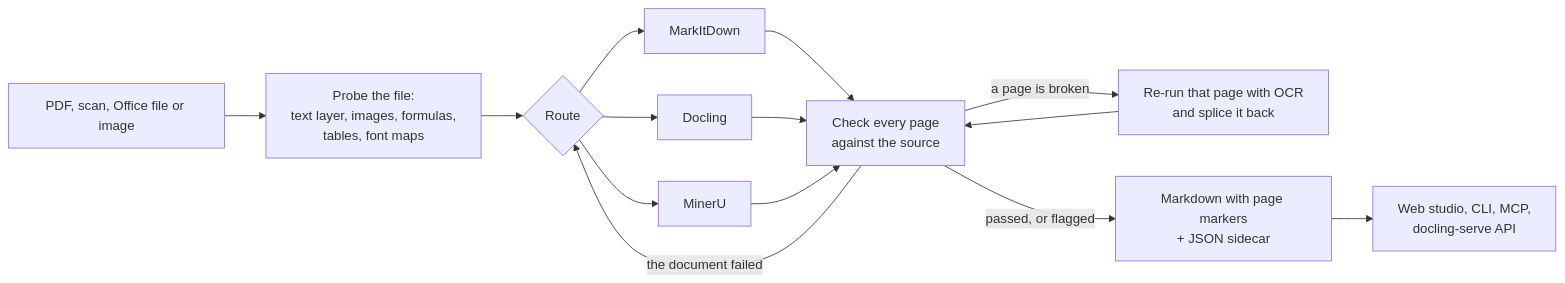
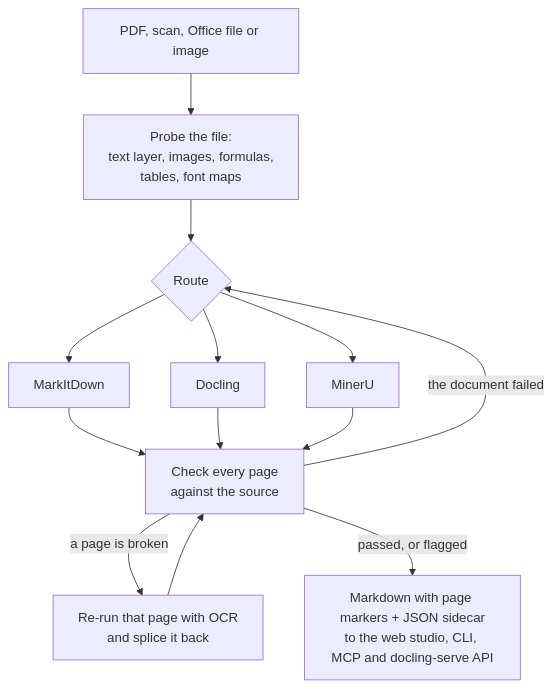
One commit to romanticamaj/doc4ai-studio changed the diagram in README.md. Above: the diagram before and after it, drawn with Mermaid. The commit also changed 1 other file, not shown here.

Commit message:
docs(readme): draw the flow top-down so GitHub renders it at a readable size
Claude-Session: https://claude.ai/code/session_0175gLq9uam6M5Z9yNNxM4Ba

````diff
--- a/README.md
+++ b/README.md
@@ -67,16 +67,15 @@
 ```mermaid
-flowchart LR
+flowchart TD
     IN["PDF, scan, Office file or image"] --> PROBE["Probe the file:<br>text layer, images, formulas,<br>tables, font maps"]
     PROBE --> ROUTE{"Route"}
     ROUTE --> MD["MarkItDown"]
     ROUTE --> DL["Docling"]
     ROUTE --> MU["MinerU"]
     MD --> CHECK["Check every page<br>against the source"]
     DL --> CHECK
     MU --> CHECK
     CHECK -- "a page is broken" --> REPAIR["Re-run that page with OCR<br>and splice it back"]
     REPAIR --> CHECK
     CHECK -- "the document failed" --> ROUTE
-    CHECK -- "passed, or flagged" --> OUT["Markdown with page markers<br>+ JSON sidecar"]
-    OUT --> USE["Web studio, CLI, MCP,<br>docling-serve API"]
+    CHECK -- "passed, or flagged" --> OUT["Markdown with page markers + JSON sidecar<br>to the web studio, CLI, MCP and docling-serve API"]
 ```
````
